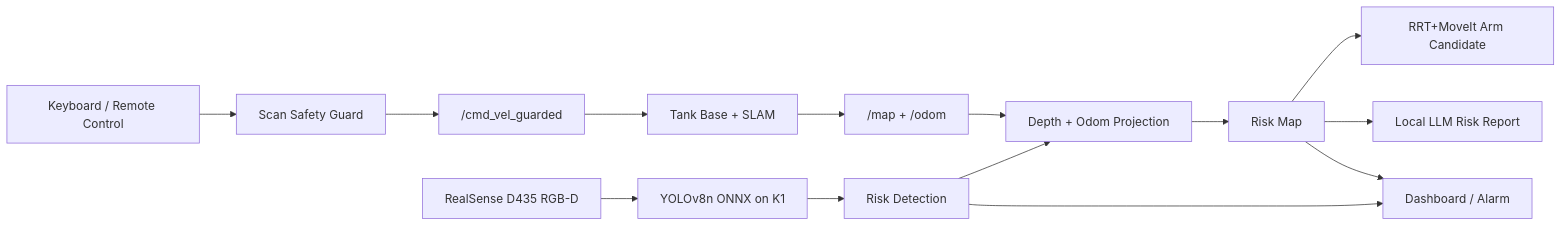
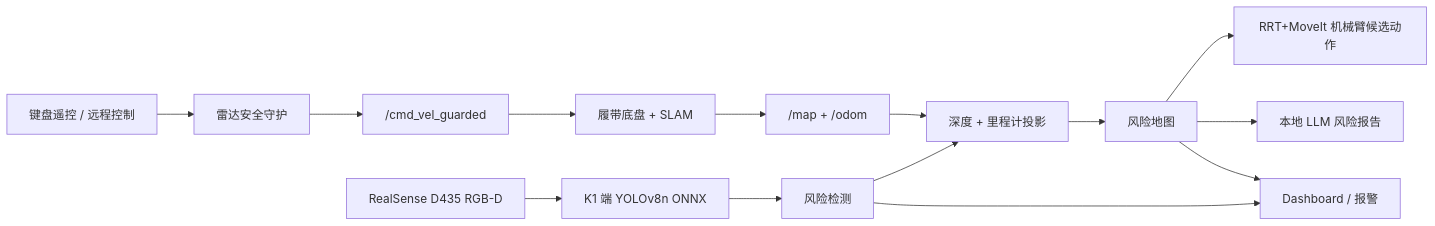
Before and after one commit to RickSanchezC5163/spacemit-k1-edge-ai-risk-robot: the diagram in README.md, drawn with Mermaid. The commit also changed other lines of this file, not shown here.

````diff
--- a/README.md
+++ b/README.md
@@ -122,17 +123,17 @@
 ```mermaid
 flowchart LR
-    A["Keyboard / Remote Control"] --> B["Scan Safety Guard"]
+    A["键盘遥控 / 远程控制"] --> B["雷达安全守护"]
     B --> C["/cmd_vel_guarded"]
-    C --> D["Tank Base + SLAM"]
+    C --> D["履带底盘 + SLAM"]
     D --> E["/map + /odom"]
 
-    F["RealSense D435 RGB-D"] --> G["YOLOv8n ONNX on K1"]
-    G --> H["Risk Detection"]
-    H --> I["Depth + Odom Projection"]
+    F["RealSense D435 RGB-D"] --> G["K1 端 YOLOv8n ONNX"]
+    G --> H["风险检测"]
+    H --> I["深度 + 里程计投影"]
     E --> I
-    I --> J["Risk Map"]
-    J --> K["RRT+MoveIt Arm Candidate"]
-    J --> L["Local LLM Risk Report"]
-    H --> M["Dashboard / Alarm"]
+    I --> J["风险地图"]
+    J --> K["RRT+MoveIt 机械臂候选动作"]
+    J --> L["本地 LLM 风险报告"]
+    H --> M["Dashboard / 报警"]
     J --> M
 ```
````
